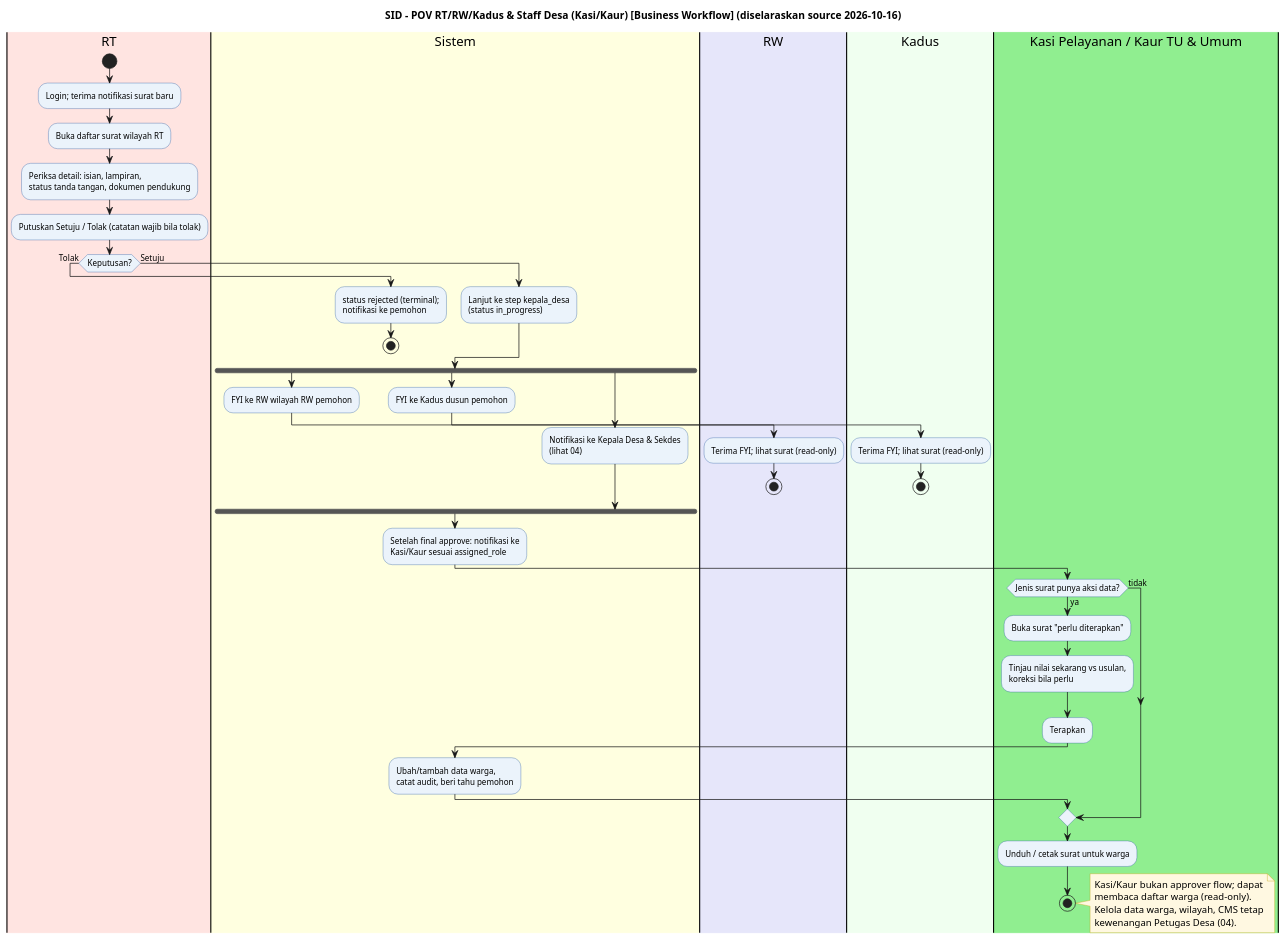
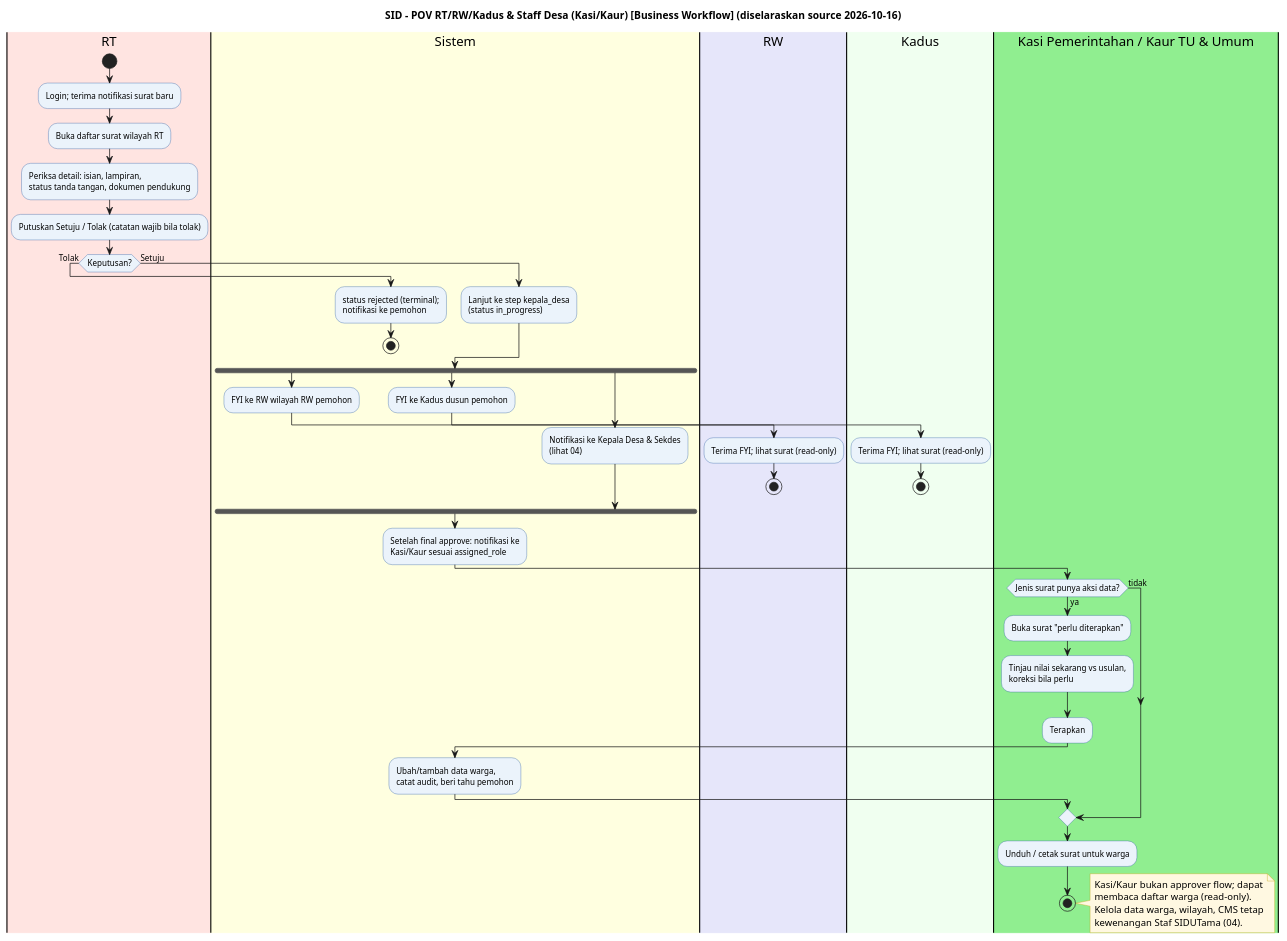
One commit to Vextronode/sid-app changed the diagram in docs/bussines_workflow/03_SID_POV_RTRW_StaffDesa.puml. Above: the diagram before and after it, drawn with PlantUML. The commit also changed 458 other files, not shown here.

```diff
--- a/docs/bussines_workflow/03_SID_POV_RTRW_StaffDesa.puml
+++ b/docs/bussines_workflow/03_SID_POV_RTRW_StaffDesa.puml
@@ -1,70 +1,70 @@
 @startuml
 title SID - POV RT/RW/Kadus & Staff Desa (Kasi/Kaur) [Business Workflow] (diselaraskan source 2026-10-16)
 
 skinparam activity {
   BackgroundColor #EBF3FB
   BorderColor #2E5FA3
   FontName Arial
   FontSize 11
 }
 skinparam note {
   BackgroundColor #FFF8E1
   BorderColor #C0A000
 }
 
 |#MistyRose|RT|
 start
 :Login; terima notifikasi surat baru;
 :Buka daftar surat wilayah RT;
 :Periksa detail: isian, lampiran,\nstatus tanda tangan, dokumen pendukung;
 :Putuskan Setuju / Tolak (catatan wajib bila tolak);
 if (Keputusan?) then (Tolak)
   |#LightYellow|Sistem|
   :status rejected (terminal);\nnotifikasi ke pemohon;
   stop
 else (Setuju)
   |#LightYellow|Sistem|
   :Lanjut ke step kepala_desa\n(status in_progress);
 endif
 
 fork
   |#LightYellow|Sistem|
   :FYI ke RW wilayah RW pemohon;
   |#Lavender|RW|
   :Terima FYI; lihat surat (read-only);
   stop
 fork again
   |#LightYellow|Sistem|
   :FYI ke Kadus dusun pemohon;
   |#Honeydew|Kadus|
   :Terima FYI; lihat surat (read-only);
   stop
 fork again
   |#LightYellow|Sistem|
   :Notifikasi ke Kepala Desa & Sekdes\n(lihat 04);
 end fork
 
 |#LightYellow|Sistem|
 :Setelah final approve: notifikasi ke\nKasi/Kaur sesuai assigned_role;
 
-|#LightGreen|Kasi Pelayanan / Kaur TU & Umum|
+|#LightGreen|Kasi Pemerintahan / Kaur TU & Umum|
 if (Jenis surat punya aksi data?) then (ya)
   :Buka surat "perlu diterapkan";
   :Tinjau nilai sekarang vs usulan,\nkoreksi bila perlu;
   :Terapkan;
   |#LightYellow|Sistem|
   :Ubah/tambah data warga,\ncatat audit, beri tahu pemohon;
-  |#LightGreen|Kasi Pelayanan / Kaur TU & Umum|
+  |#LightGreen|Kasi Pemerintahan / Kaur TU & Umum|
 else (tidak)
 endif
 :Unduh / cetak surat untuk warga;
 stop
 
 note right
   Kasi/Kaur bukan approver flow; dapat
   membaca daftar warga (read-only).
   Kelola data warga, wilayah, CMS tetap
-  kewenangan Petugas Desa (04).
+  kewenangan Staf SIDUTama (04).
 end note
 
 @enduml
```
